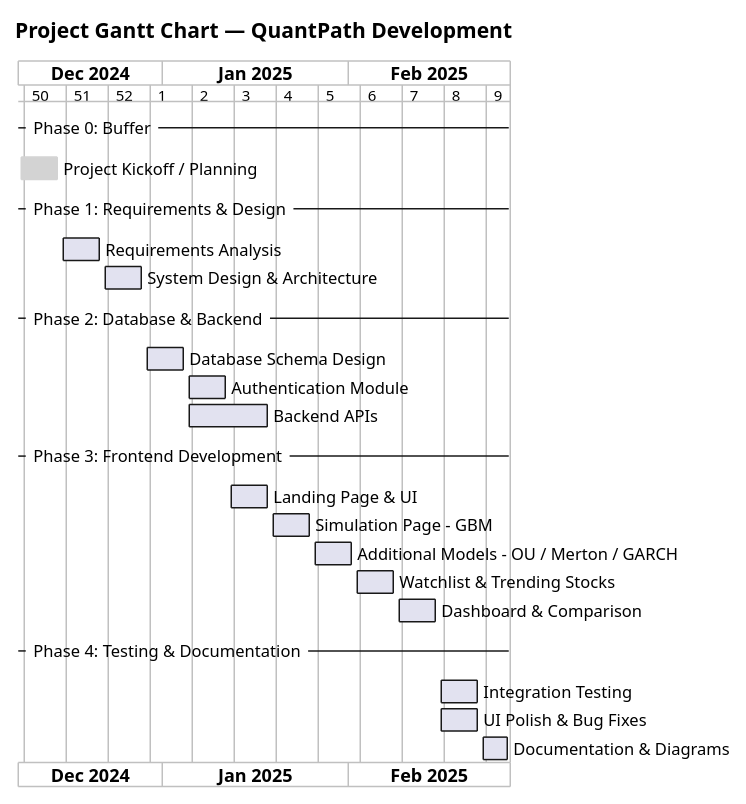
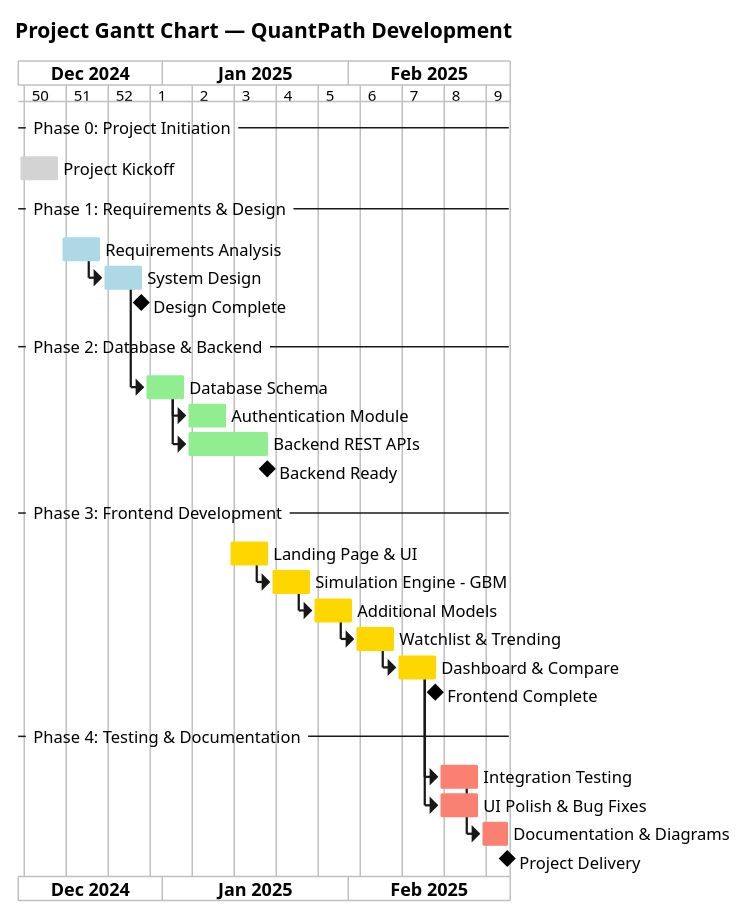
Before and after one commit to DSanmukha/QuantPath: the eighth of 8 diagrams in docs/diagrams.puml, drawn with PlantUML. The commit also changed other lines of this file, not shown here.

Commit message:
docs: improved ER diagram (Chen notation) and Gantt chart (color-coded phases, dependencies, milestones)

```diff
--- a/docs/diagrams.puml
+++ b/docs/diagrams.puml
@@ -397,31 +424,48 @@
 @startgantt Gantt_Chart
 title Project Gantt Chart — QuantPath Development
 printscale weekly
 project starts 2024-12-08
 
--- Phase 0: Buffer --
-[Project Kickoff / Planning] starts 2024-12-08 and ends 2024-12-14
-[Project Kickoff / Planning] is colored in LightGray
+-- Phase 0: Project Initiation --
+[Project Kickoff] as [PK] starts 2024-12-08 and ends 2024-12-14
+[PK] is colored in LightGray
 
 -- Phase 1: Requirements & Design --
-[Requirements Analysis] starts 2024-12-15 and ends 2024-12-21
-[System Design & Architecture] starts 2024-12-22 and ends 2024-12-28
+[Requirements Analysis] as [RA] starts 2024-12-15 and ends 2024-12-21
+[RA] is colored in LightBlue
+[System Design] as [SD] starts after [RA]'s end and ends 2024-12-28
+[SD] is colored in LightBlue
+[Design Complete] happens at [SD]'s end
 
 -- Phase 2: Database & Backend --
-[Database Schema Design] starts 2024-12-29 and ends 2025-01-04
-[Authentication Module] starts 2025-01-05 and ends 2025-01-11
-[Backend APIs] starts 2025-01-05 and ends 2025-01-18
+[Database Schema] as [DB] starts after [SD]'s end and ends 2025-01-04
+[DB] is colored in LightGreen
+[Authentication Module] as [AUTH] starts after [DB]'s end and ends 2025-01-11
+[AUTH] is colored in LightGreen
+[Backend REST APIs] as [API] starts after [DB]'s end and ends 2025-01-18
+[API] is colored in LightGreen
+[Backend Ready] happens at [API]'s end
 
 -- Phase 3: Frontend Development --
-[Landing Page & UI] starts 2025-01-12 and ends 2025-01-18
-[Simulation Page - GBM] starts 2025-01-19 and ends 2025-01-25
-[Additional Models - OU / Merton / GARCH] starts 2025-01-26 and ends 2025-02-01
-[Watchlist & Trending Stocks] starts 2025-02-02 and ends 2025-02-08
-[Dashboard & Comparison] starts 2025-02-09 and ends 2025-02-15
+[Landing Page & UI] as [LP] starts 2025-01-12 and ends 2025-01-18
+[LP] is colored in Gold
+[Simulation Engine - GBM] as [SIM] starts after [LP]'s end and ends 2025-01-25
+[SIM] is colored in Gold
+[Additional Models] as [MODELS] starts after [SIM]'s end and ends 2025-02-01
+[MODELS] is colored in Gold
+[Watchlist & Trending] as [WL] starts after [MODELS]'s end and ends 2025-02-08
+[WL] is colored in Gold
+[Dashboard & Compare] as [DASH] starts after [WL]'s end and ends 2025-02-15
+[DASH] is colored in Gold
+[Frontend Complete] happens at [DASH]'s end
 
 -- Phase 4: Testing & Documentation --
-[Integration Testing] starts 2025-02-16 and ends 2025-02-22
-[UI Polish & Bug Fixes] starts 2025-02-16 and ends 2025-02-22
-[Documentation & Diagrams] starts 2025-02-23 and ends 2025-02-27
+[Integration Testing] as [TEST] starts after [DASH]'s end and ends 2025-02-22
+[TEST] is colored in Salmon
+[UI Polish & Bug Fixes] as [POLISH] starts after [DASH]'s end and ends 2025-02-22
+[POLISH] is colored in Salmon
+[Documentation & Diagrams] as [DOCS] starts after [TEST]'s end and ends 2025-02-27
+[DOCS] is colored in Salmon
+[Project Delivery] happens at [DOCS]'s end
 
 @endgantt
```
